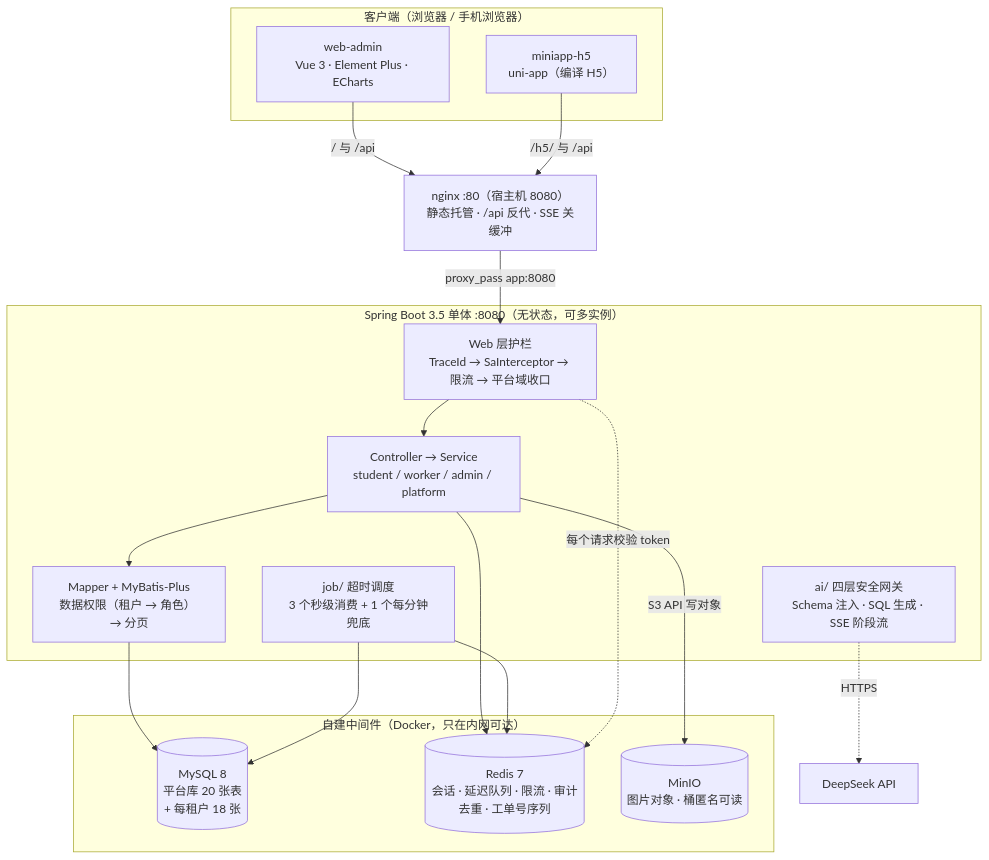
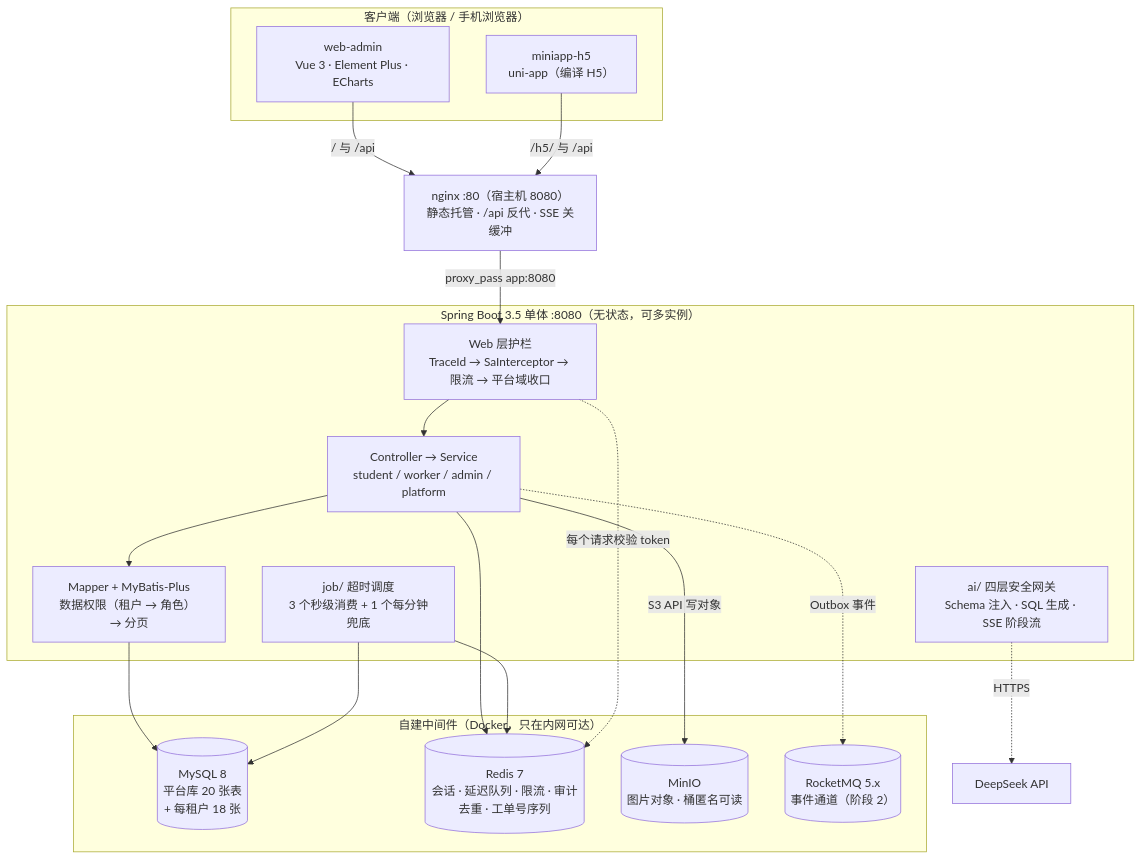
Before and after one commit to bluemalic/repair-platform: the diagram in README.md, drawn with Mermaid. The commit also changed other lines of this file and 17 other files, not shown here.

First line of the commit message:
feat(mq): 接入 RocketMQ 5.x 事件通道（Outbox 发布器）

````diff
--- a/README.md
+++ b/README.md
@@ -66,38 +67,40 @@
 ```mermaid
 flowchart TB
     subgraph client["客户端（浏览器 / 手机浏览器）"]
         adminApp["web-admin<br/>Vue 3 · Element Plus · ECharts"]
         h5App["miniapp-h5<br/>uni-app（编译 H5）"]
     end
 
     nginx["nginx :80（宿主机 8080）<br/>静态托管 · /api 反代 · SSE 关缓冲"]
 
     subgraph boot["Spring Boot 3.5 单体 :8080（无状态，可多实例）"]
         guard["Web 层护栏<br/>TraceId → SaInterceptor → 限流 → 平台域收口"]
         biz["Controller → Service<br/>student / worker / admin / platform"]
         orm["Mapper + MyBatis-Plus<br/>数据权限（租户 → 角色） → 分页"]
         sched["job/ 超时调度<br/>3 个秒级消费 + 1 个每分钟兜底"]
         aiPkg["ai/ 四层安全网关<br/>Schema 注入 · SQL 生成 · SSE 阶段流"]
     end
 
     subgraph infra["自建中间件（Docker，只在内网可达）"]
         mysql[("MySQL 8<br/>平台库 20 张表<br/>+ 每租户 18 张")]
         redis[("Redis 7<br/>会话 · 延迟队列 · 限流 · 审计去重 · 工单号序列")]
         minio[("MinIO<br/>图片对象 · 桶匿名可读")]
+        rocketmq[("RocketMQ 5.x<br/>事件通道（阶段 2）")]
     end
 
     deepseek["DeepSeek API"]
 
     adminApp -->|"/ 与 /api"| nginx
     h5App -->|"/h5/ 与 /api"| nginx
     nginx -->|"proxy_pass app:8080"| guard
     guard --> biz
     biz --> orm
     orm --> mysql
     biz --> redis
     biz -->|"S3 API 写对象"| minio
+    biz -.->|"Outbox 事件"| rocketmq
     sched --> redis
     sched --> mysql
     guard -.->|"每个请求校验 token"| redis
     aiPkg -.->|"HTTPS"| deepseek
 ```
````
